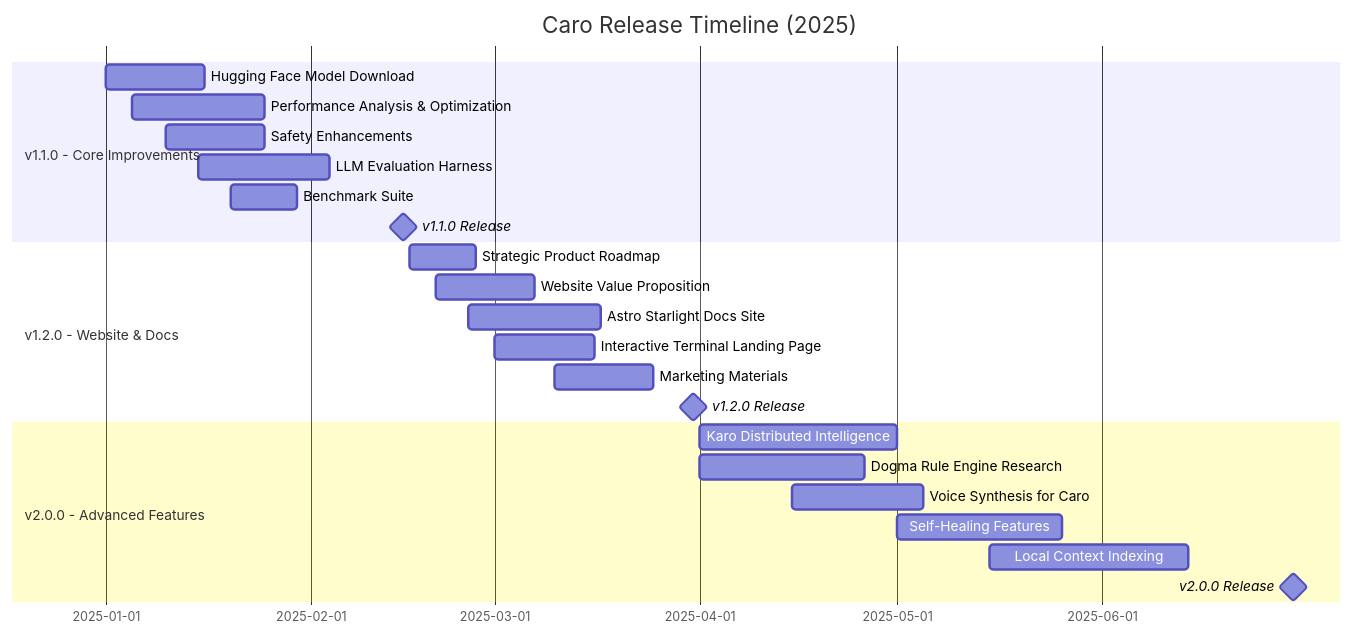
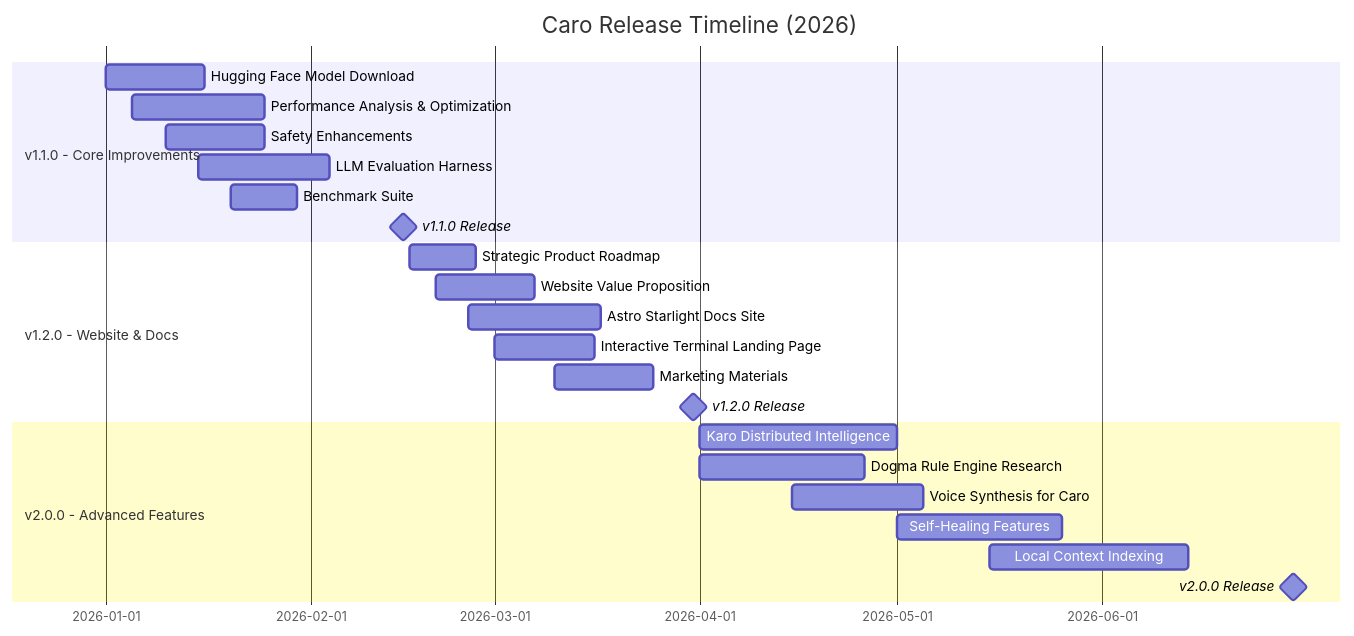
One commit to wildcard/caro changed the diagram in ROADMAP.md. Above: the diagram before and after it, drawn with Mermaid. The commit also changed other lines of this file and 2 other files, not shown here.

Commit message:
fix: Update all milestone dates from 2025 to 2026
Corrected milestone due dates to 2026 since we're on Dec 29, 2025:
- v1.1.0: Feb 15, 2025 → Feb 15, 2026
- v1.2.0: Mar 31, 2025 → Mar 31, 2026
- v2.0.0: Jun 30, 2025 → Jun 30, 2026

Also updated strategic themes from Q1-Q3 2025 → Q1-Q3 2026
and gantt chart timeline from 2025 → 2026.

Files updated:
- ROADMAP.md: All milestone dates, gantt chart, strategic themes
- CLAUDE.md: Milestone dates in Project Management section
- .claude/commands/caro.roadmap.md: All date references in skill

This ensures the roadmap reflects future milestones, not past dates.

🤖 Generated with [Claude Code](https://claude.com/claude-code)

````diff
--- a/ROADMAP.md
+++ b/ROADMAP.md
@@ -7,28 +7,28 @@
 ```mermaid
 gantt
-    title Caro Release Timeline (2025)
+    title Caro Release Timeline (2026)
     dateFormat YYYY-MM-DD
     section v1.1.0 - Core Improvements
-    Hugging Face Model Download           :2025-01-01, 15d
-    Performance Analysis & Optimization   :2025-01-05, 20d
-    Safety Enhancements                   :2025-01-10, 15d
-    LLM Evaluation Harness               :2025-01-15, 20d
-    Benchmark Suite                       :2025-01-20, 10d
-    v1.1.0 Release                       :milestone, 2025-02-15, 0d
+    Hugging Face Model Download           :2026-01-01, 15d
+    Performance Analysis & Optimization   :2026-01-05, 20d
+    Safety Enhancements                   :2026-01-10, 15d
+    LLM Evaluation Harness               :2026-01-15, 20d
+    Benchmark Suite                       :2026-01-20, 10d
+    v1.1.0 Release                       :milestone, 2026-02-15, 0d
 
     section v1.2.0 - Website & Docs
-    Strategic Product Roadmap             :2025-02-16, 10d
-    Website Value Proposition             :2025-02-20, 15d
-    Astro Starlight Docs Site            :2025-02-25, 20d
-    Interactive Terminal Landing Page     :2025-03-01, 15d
-    Marketing Materials                   :2025-03-10, 15d
-    v1.2.0 Release                       :milestone, 2025-03-31, 0d
+    Strategic Product Roadmap             :2026-02-16, 10d
+    Website Value Proposition             :2026-02-20, 15d
+    Astro Starlight Docs Site            :2026-02-25, 20d
+    Interactive Terminal Landing Page     :2026-03-01, 15d
+    Marketing Materials                   :2026-03-10, 15d
+    v1.2.0 Release                       :milestone, 2026-03-31, 0d
 
     section v2.0.0 - Advanced Features
-    Karo Distributed Intelligence        :2025-04-01, 30d
-    Dogma Rule Engine Research           :2025-04-01, 25d
-    Voice Synthesis for Caro             :2025-04-15, 20d
-    Self-Healing Features                :2025-05-01, 25d
-    Local Context Indexing               :2025-05-15, 30d
-    v2.0.0 Release                       :milestone, 2025-06-30, 0d
+    Karo Distributed Intelligence        :2026-04-01, 30d
+    Dogma Rule Engine Research           :2026-04-01, 25d
+    Voice Synthesis for Caro             :2026-04-15, 20d
+    Self-Healing Features                :2026-05-01, 25d
+    Local Context Indexing               :2026-05-15, 30d
+    v2.0.0 Release                       :milestone, 2026-06-30, 0d
 ```
````
